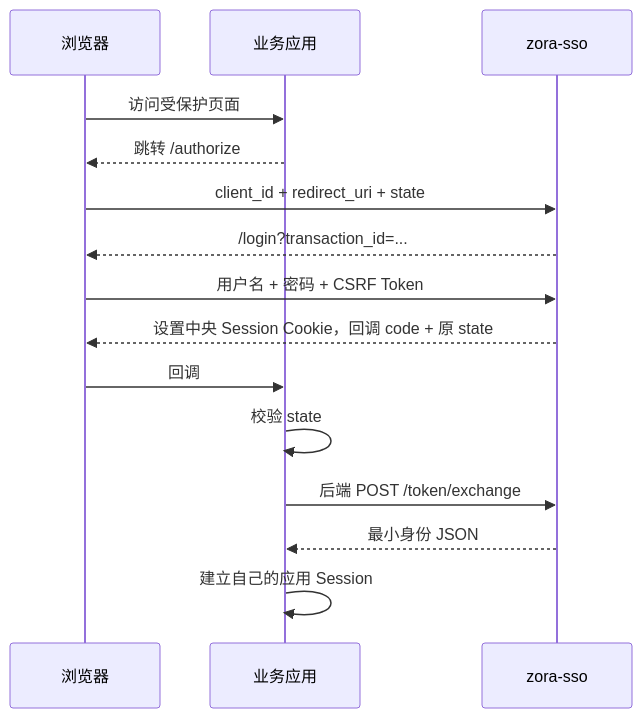
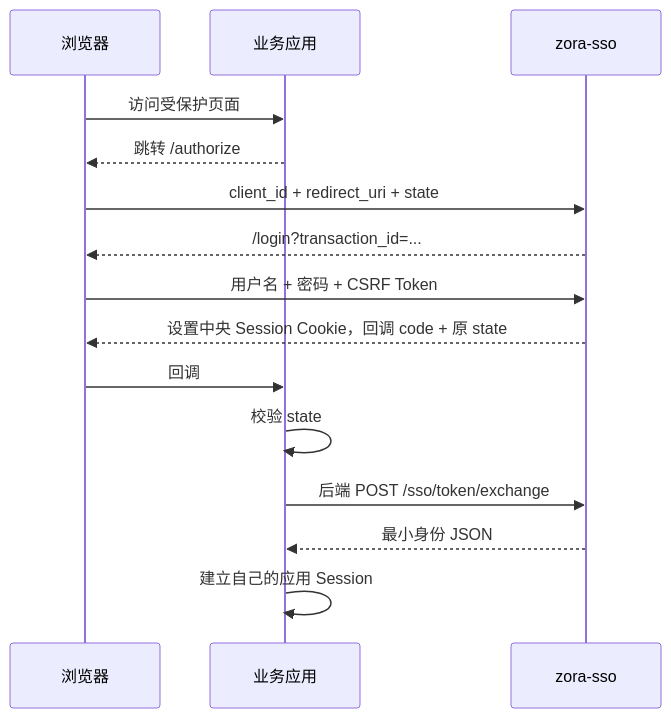
The diagram in zora-sso/docs/design/02-FEATURE-本地登录与授权流程.md (jack20170608/zora-apps), drawn with Mermaid before and after one commit. The commit also changed other lines of this file and 16 other files, not shown here.

````diff
--- a/zora-sso/docs/design/02-FEATURE-本地登录与授权流程.md
+++ b/zora-sso/docs/design/02-FEATURE-本地登录与授权流程.md
@@ -52,17 +52,17 @@
 ```mermaid
 sequenceDiagram
     participant B as 浏览器
     participant A as 业务应用
     participant S as zora-sso
     B->>A: 访问受保护页面
     A-->>B: 跳转 /authorize
     B->>S: client_id + redirect_uri + state
     S-->>B: /login?transaction_id=...
     B->>S: 用户名 + 密码 + CSRF Token
     S-->>B: 设置中央 Session Cookie，回调 code + 原 state
     B->>A: 回调
     A->>A: 校验 state
-    A->>S: 后端 POST /token/exchange
+    A->>S: 后端 POST /sso/token/exchange
     S-->>A: 最小身份 JSON
     A->>A: 建立自己的应用 Session
 ```
````
